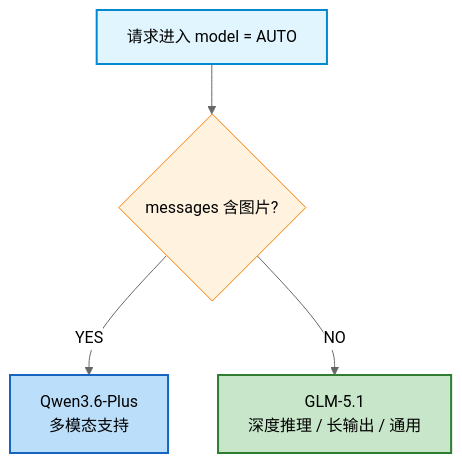
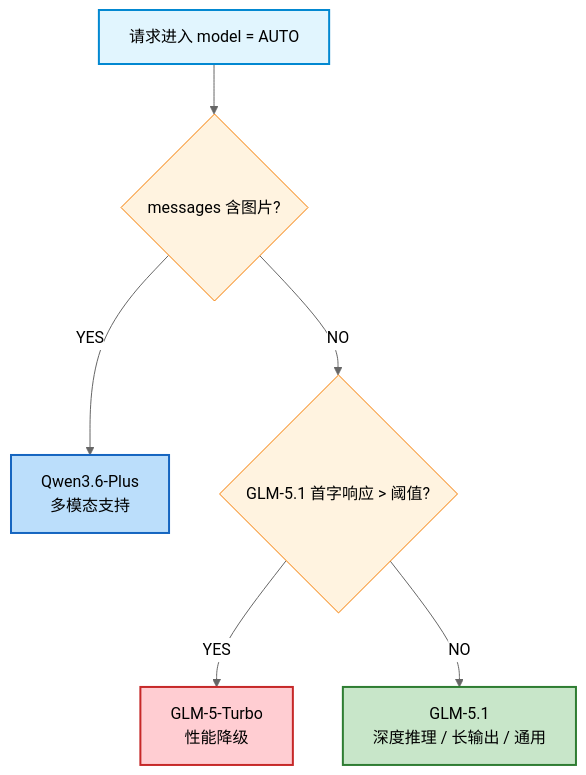
Before and after one commit to awenzoo/new-api: the first of 2 diagrams in docs-ssc/AUTO模型智能路由设计文档.md, drawn with Mermaid (neutral theme). The commit also changed other lines of this file and 3 other files, not shown here.

````diff
--- a/docs-ssc/AUTO模型智能路由设计文档.md
+++ b/docs-ssc/AUTO模型智能路由设计文档.md
@@ -50,12 +54,16 @@
 ```mermaid
 flowchart TD
     A[请求进入 model = AUTO] --> B{messages 含图片?}
 
     B -- YES --> C1[Qwen3.6-Plus<br/>多模态支持]
-    B -- NO --> C2[GLM-5.1<br/>深度推理 / 长输出 / 通用]
+    B -- NO --> D{GLM-5.1 首字响应 > 阈值?}
+    D -- YES --> C3[GLM-5-Turbo<br/>性能降级]
+    D -- NO --> C2[GLM-5.1<br/>深度推理 / 长输出 / 通用]
 
     style A fill:#e1f5fe,stroke:#0288d1,stroke-width:2px
     style B fill:#fff3e0,stroke:#f57c00
+    style D fill:#fff3e0,stroke:#f57c00
     style C1 fill:#bbdefb,stroke:#1565c0,stroke-width:2px
     style C2 fill:#c8e6c9,stroke:#2e7d32,stroke-width:2px
+    style C3 fill:#ffcdd2,stroke:#c62828,stroke-width:2px
 ```
````
